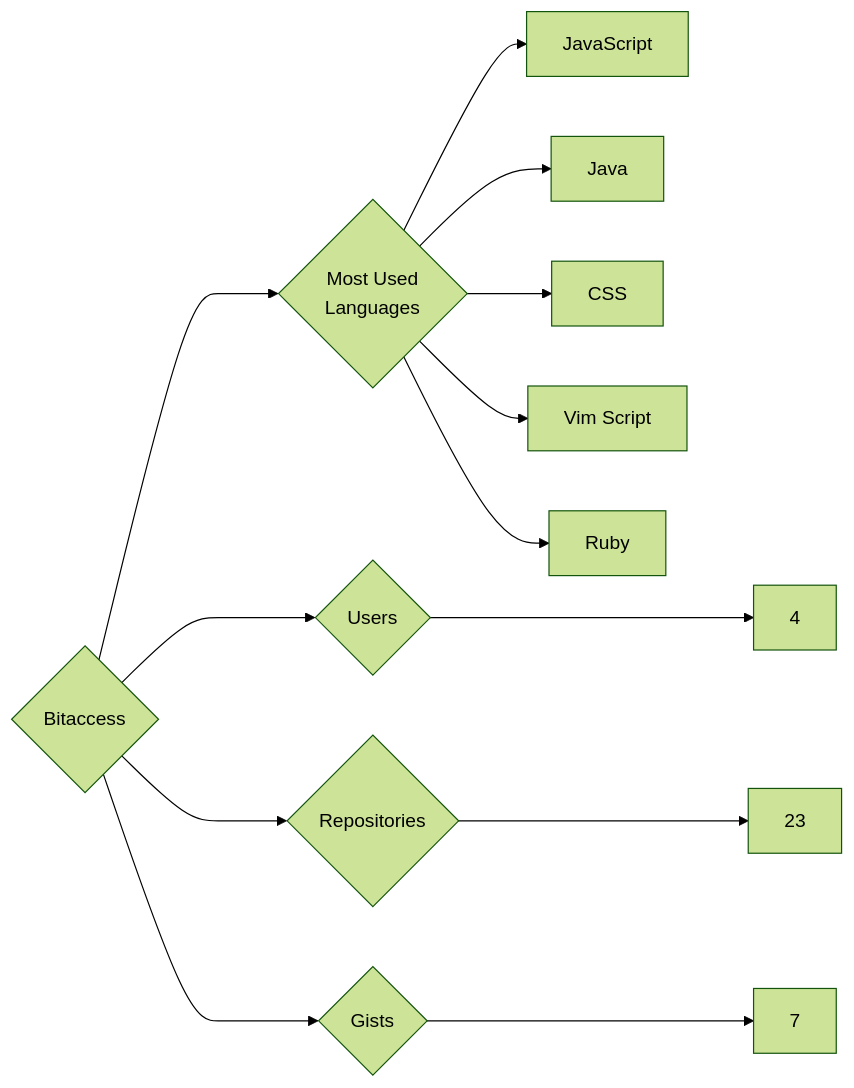
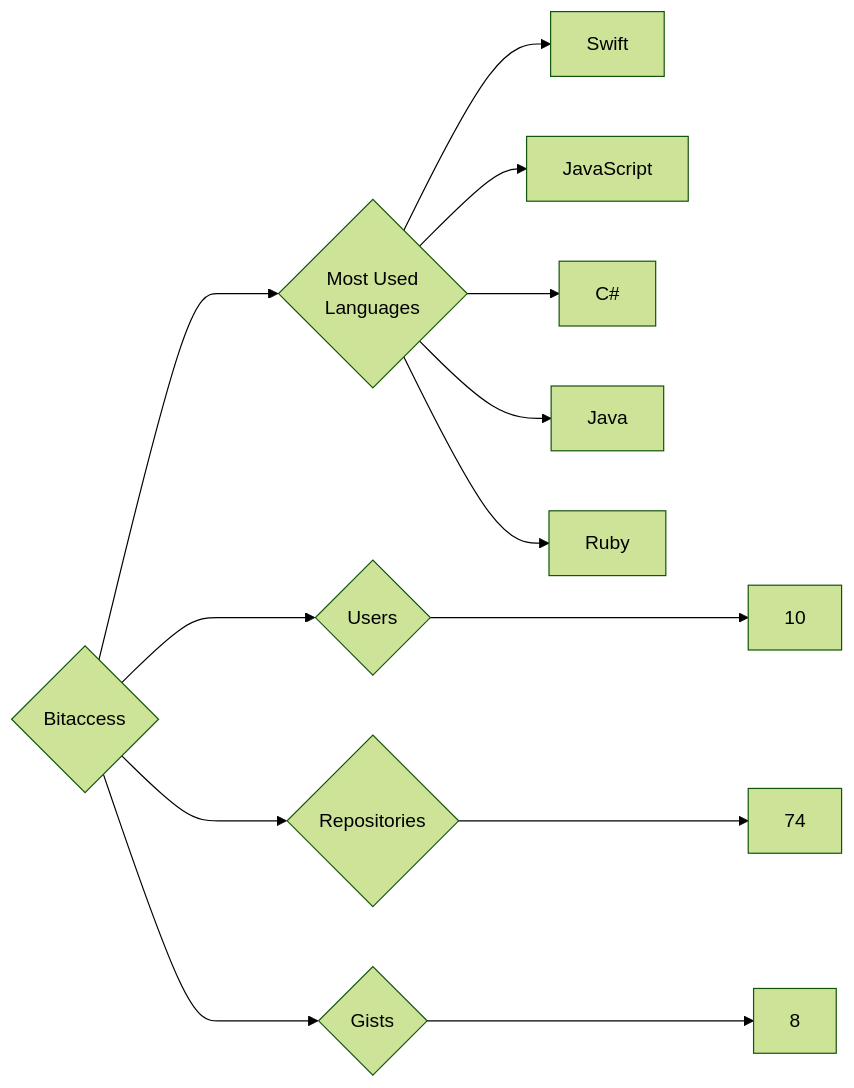
One commit to trickest/insiders changed the diagram in targets/Bitaccess/README.md. Above: the diagram before and after it, drawn with Mermaid (forest theme). The commit also changed 679 other files, not shown here.

````diff
--- a/targets/Bitaccess/README.md
+++ b/targets/Bitaccess/README.md
@@ -3,13 +3,13 @@
 ```mermaid
 graph LR
 COMPANY_NAME{Bitaccess}
-COMPANY_NAME ---> U{Users} ---> UN[4]
-COMPANY_NAME ---> R{Repositories} ---> RN[23]
-COMPANY_NAME ---> G{Gists} ---> GN[7]
+COMPANY_NAME ---> U{Users} ---> UN[10]
+COMPANY_NAME ---> R{Repositories} ---> RN[74]
+COMPANY_NAME ---> G{Gists} ---> GN[8]
 COMPANY_NAME ---> ML{Most Used<br>Languages}
+ML --> Swift[Swift]
 ML --> JavaScript[JavaScript]
+ML --> C#[C#]
 ML --> Java[Java]
-ML --> CSS[CSS]
-ML --> Vim_Script[Vim Script]
 ML --> Ruby[Ruby]
 ```
````
